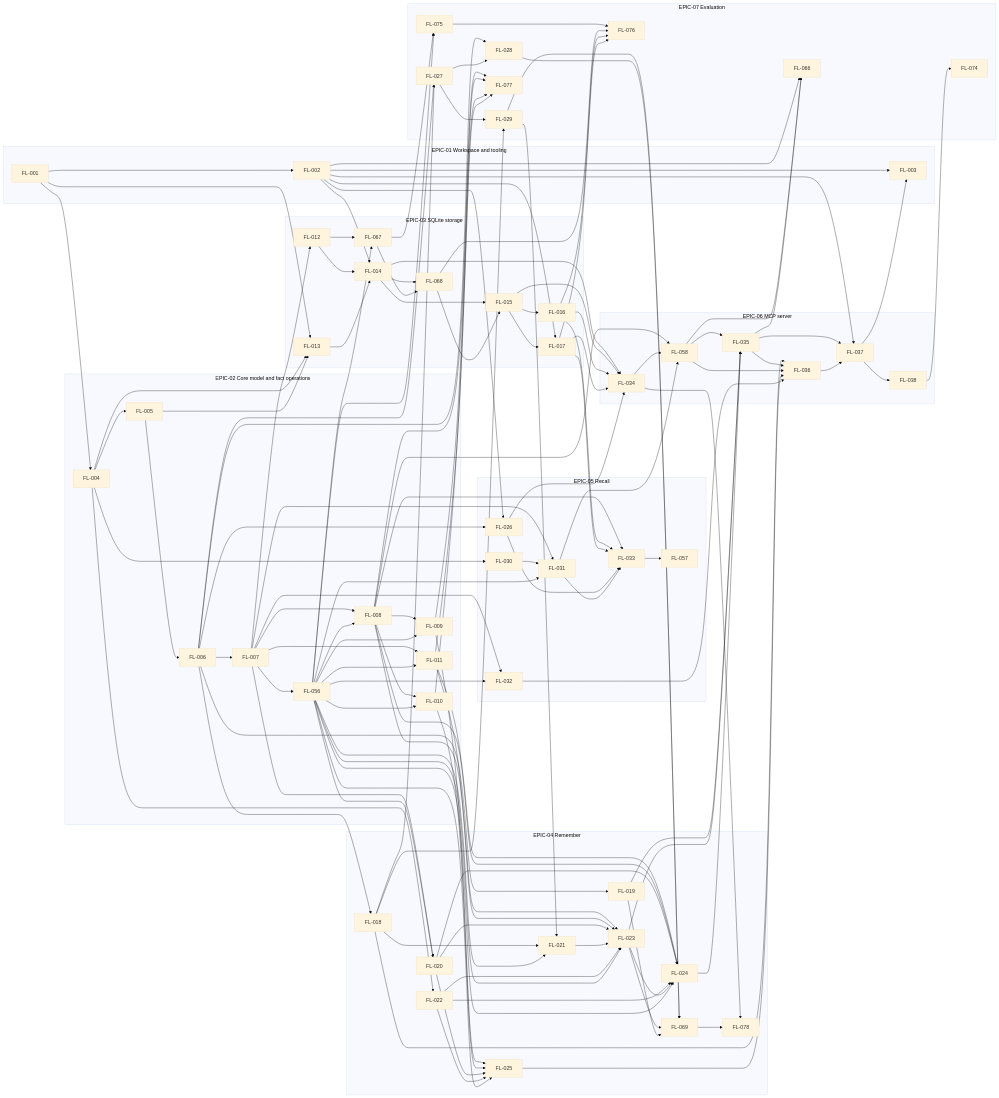
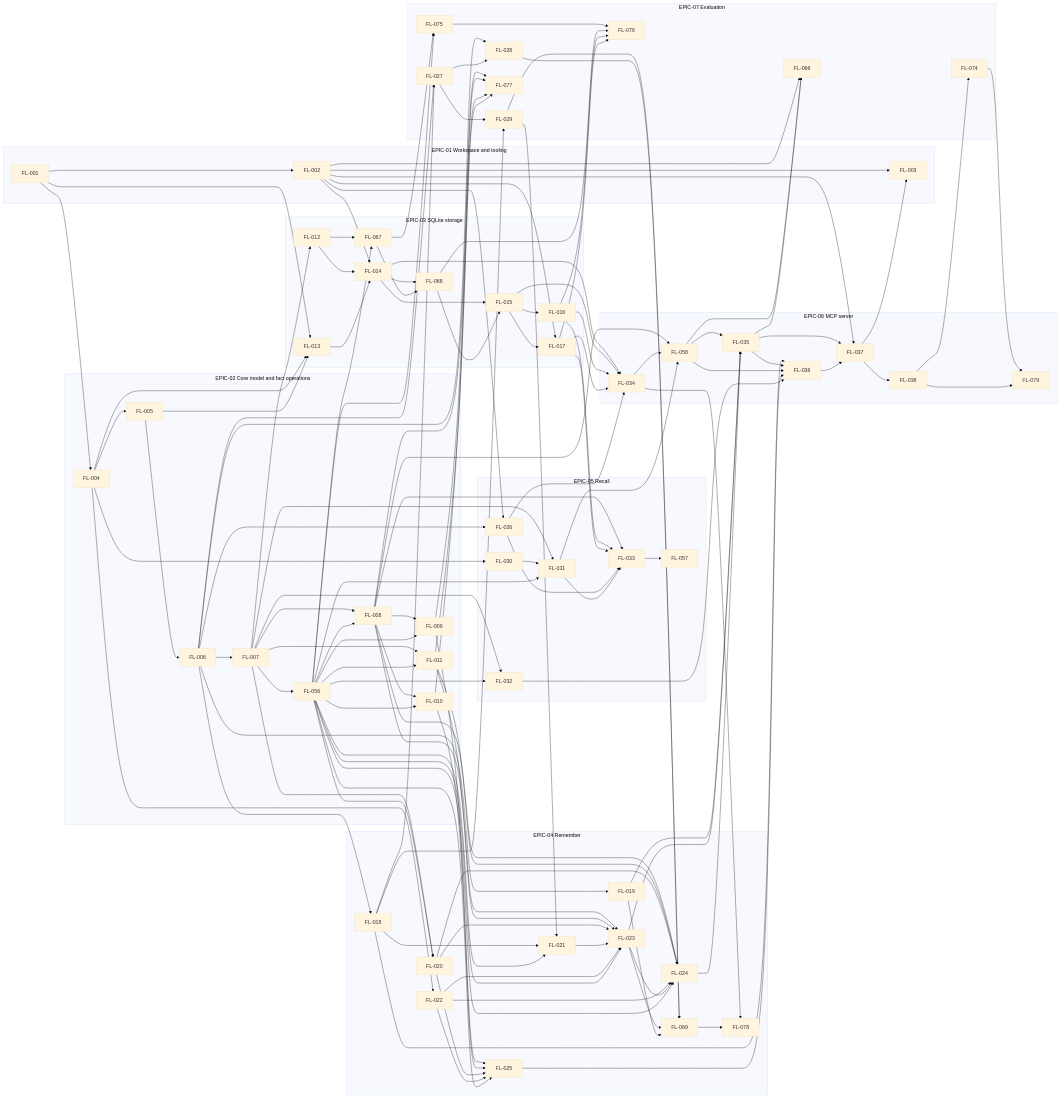
The first of 2 diagrams in docs/roadmap/ROADMAP.md (Enriquez-Johnmark/factloom), drawn with Mermaid (base theme) before and after one commit. The commit also changed other lines of this file, not shown here.

Commit message:
docs(roadmap): update the index for FL-074 and FL-079

````diff
--- a/docs/roadmap/ROADMAP.md
+++ b/docs/roadmap/ROADMAP.md
@@ -196,6 +197,7 @@
     FL037["FL-037"]
     FL038["FL-038"]
     FL058["FL-058"]
+    FL079["FL-079"]
   end
   subgraph EPIC07["EPIC-07 Evaluation"]
     FL027["FL-027"]
@@ -325,4 +327,6 @@
   FL011 --> FL077
   FL069 --> FL078
   FL034 --> FL078
+  FL074 --> FL079
+  FL038 --> FL079
 ```
````
